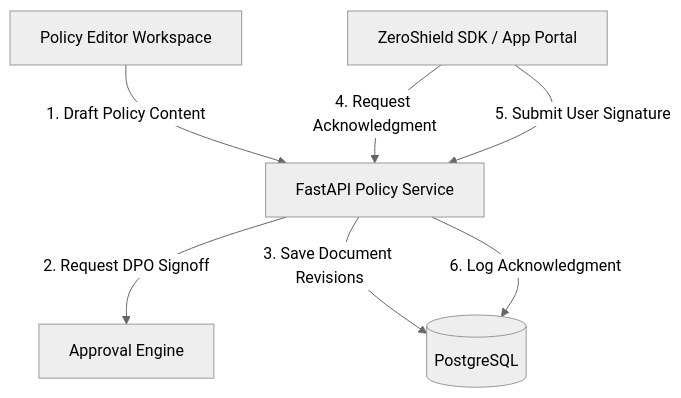
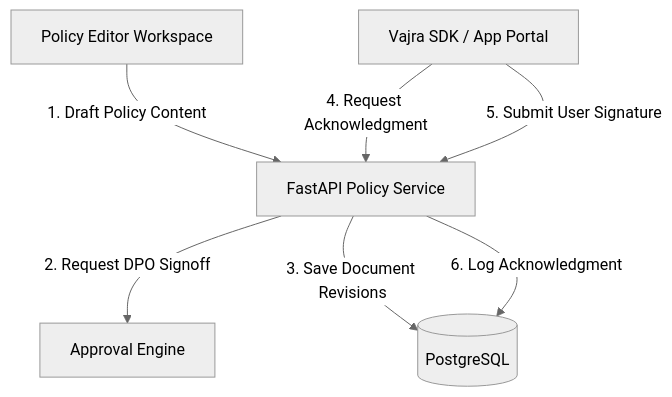
The first of 3 diagrams in backend/platform_docs/Governance/policy_manager.md (shreyv7/hack), drawn with Mermaid (neutral theme) before and after one commit. The commit also changed other lines of this file and 345 other files, not shown here.

````diff
--- a/backend/platform_docs/Governance/policy_manager.md
+++ b/backend/platform_docs/Governance/policy_manager.md
@@ -22,9 +22,9 @@
 ```mermaid
 graph TD
     UI[Policy Editor Workspace] -->|1. Draft Policy Content| BE[FastAPI Policy Service]
     BE -->|2. Request DPO Signoff| App[Approval Engine]
     BE -->|3. Save Document Revisions| DB[(PostgreSQL)]
-    SDK[ZeroShield SDK / App Portal] -->|4. Request Acknowledgment| BE
+    SDK[Vajra SDK / App Portal] -->|4. Request Acknowledgment| BE
     SDK -->|5. Submit User Signature| BE
     BE -->|6. Log Acknowledgment| DB
 ```
````
